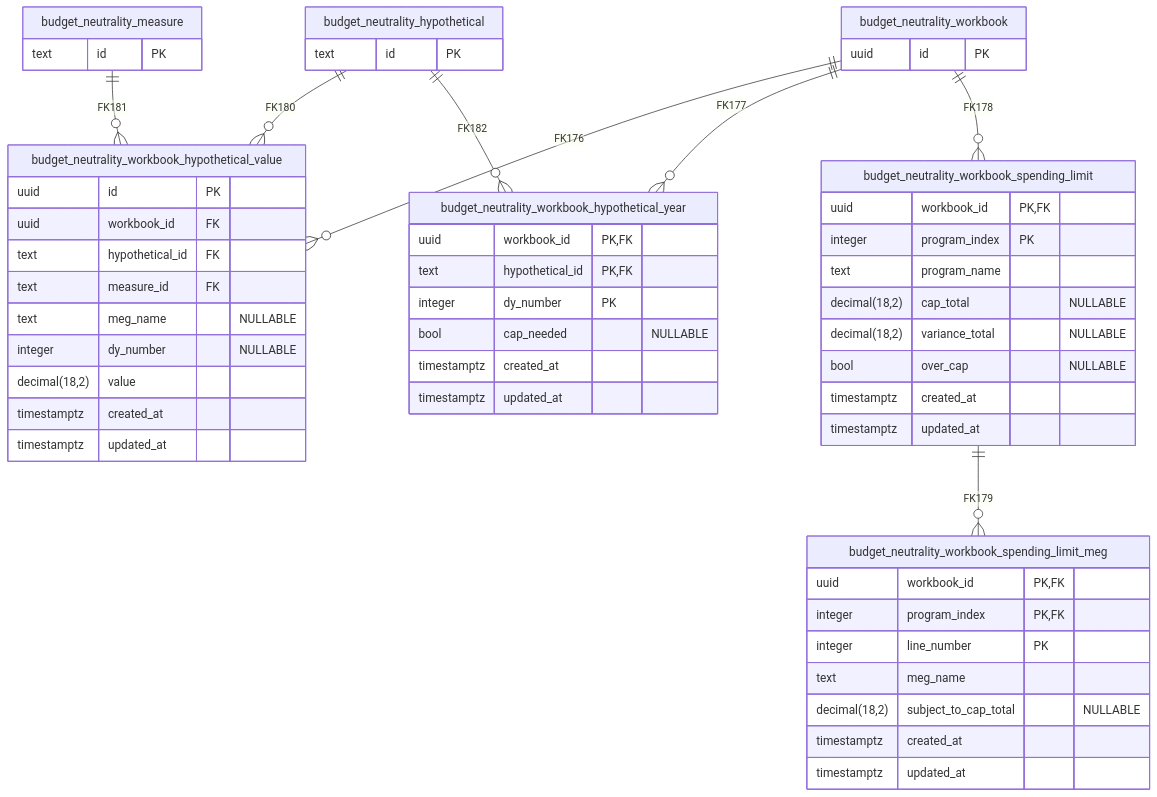
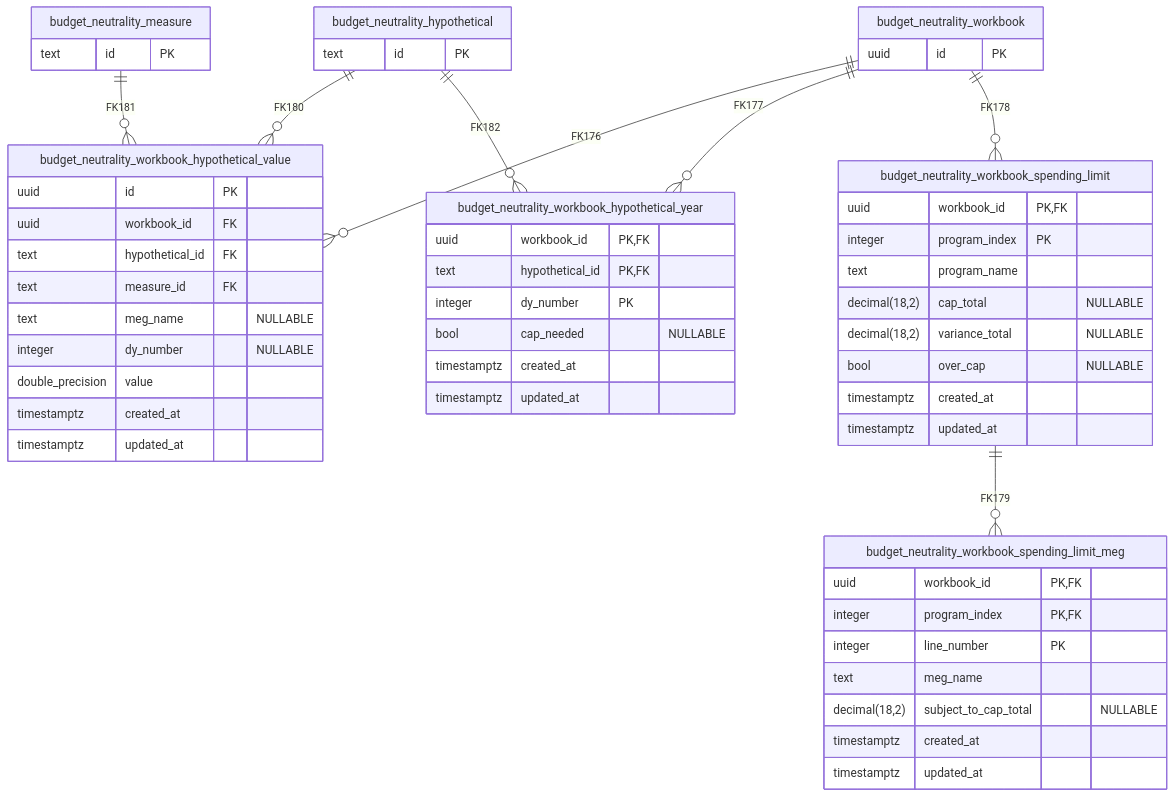
One commit to Enterprise-CMCS/demos changed the diagram in data/docs/BUDGET_NEUTRALITY_DATA_MODEL.md. Above: the diagram before and after it, drawn with Mermaid. The commit also changed 11 other files, not shown here.

````diff
--- a/data/docs/BUDGET_NEUTRALITY_DATA_MODEL.md
+++ b/data/docs/BUDGET_NEUTRALITY_DATA_MODEL.md
@@ -9,64 +9,64 @@
 ```mermaid
 erDiagram
   budget_neutrality_workbook ||--o{ budget_neutrality_workbook_hypothetical_value : "FK176"
   budget_neutrality_workbook ||--o{ budget_neutrality_workbook_hypothetical_year : "FK177"
   budget_neutrality_workbook ||--o{ budget_neutrality_workbook_spending_limit : "FK178"
   budget_neutrality_workbook_spending_limit ||--o{ budget_neutrality_workbook_spending_limit_meg : "FK179"
   budget_neutrality_hypothetical ||--o{ budget_neutrality_workbook_hypothetical_value : "FK180"
   budget_neutrality_measure ||--o{ budget_neutrality_workbook_hypothetical_value : "FK181"
   budget_neutrality_hypothetical ||--o{ budget_neutrality_workbook_hypothetical_year : "FK182"
 
   budget_neutrality_workbook {
     uuid id PK
   }
 
   budget_neutrality_hypothetical {
     text id PK
   }
 
   budget_neutrality_measure {
     text id PK
   }
 
   budget_neutrality_workbook_hypothetical_value {
     uuid id PK
     uuid workbook_id FK
     text hypothetical_id FK
     text measure_id FK
     text meg_name "NULLABLE"
     integer dy_number "NULLABLE"
-    decimal(18,2) value
+    double_precision value
     timestamptz created_at
     timestamptz updated_at
   }
 
   budget_neutrality_workbook_hypothetical_year {
     uuid workbook_id PK, FK
     text hypothetical_id PK, FK
     integer dy_number PK
     bool cap_needed "NULLABLE"
     timestamptz created_at
     timestamptz updated_at
   }
 
   budget_neutrality_workbook_spending_limit {
     uuid workbook_id PK, FK
     integer program_index PK
     text program_name
     decimal(18,2) cap_total "NULLABLE"
     decimal(18,2) variance_total "NULLABLE"
     bool over_cap "NULLABLE"
     timestamptz created_at
     timestamptz updated_at
   }
 
   budget_neutrality_workbook_spending_limit_meg {
     uuid workbook_id PK, FK
     integer program_index PK, FK
     integer line_number PK
     text meg_name
     decimal(18,2) subject_to_cap_total "NULLABLE"
     timestamptz created_at
     timestamptz updated_at
   }
 ```
````
